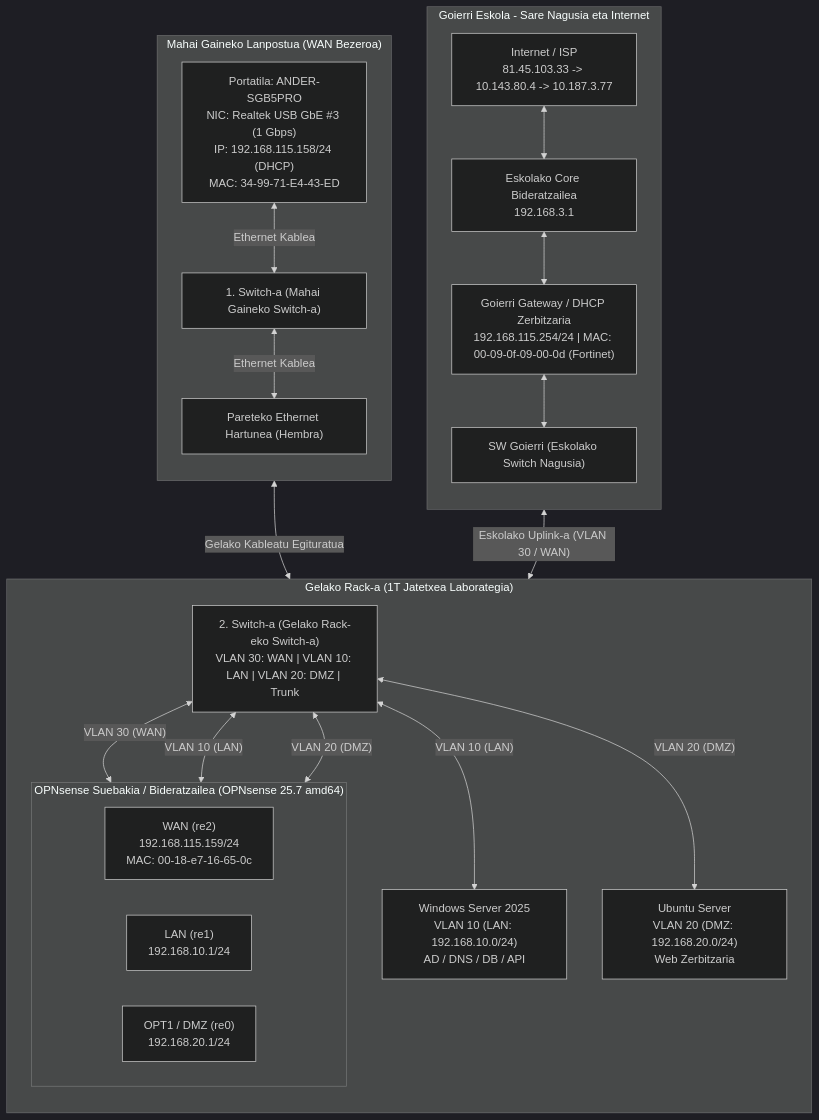
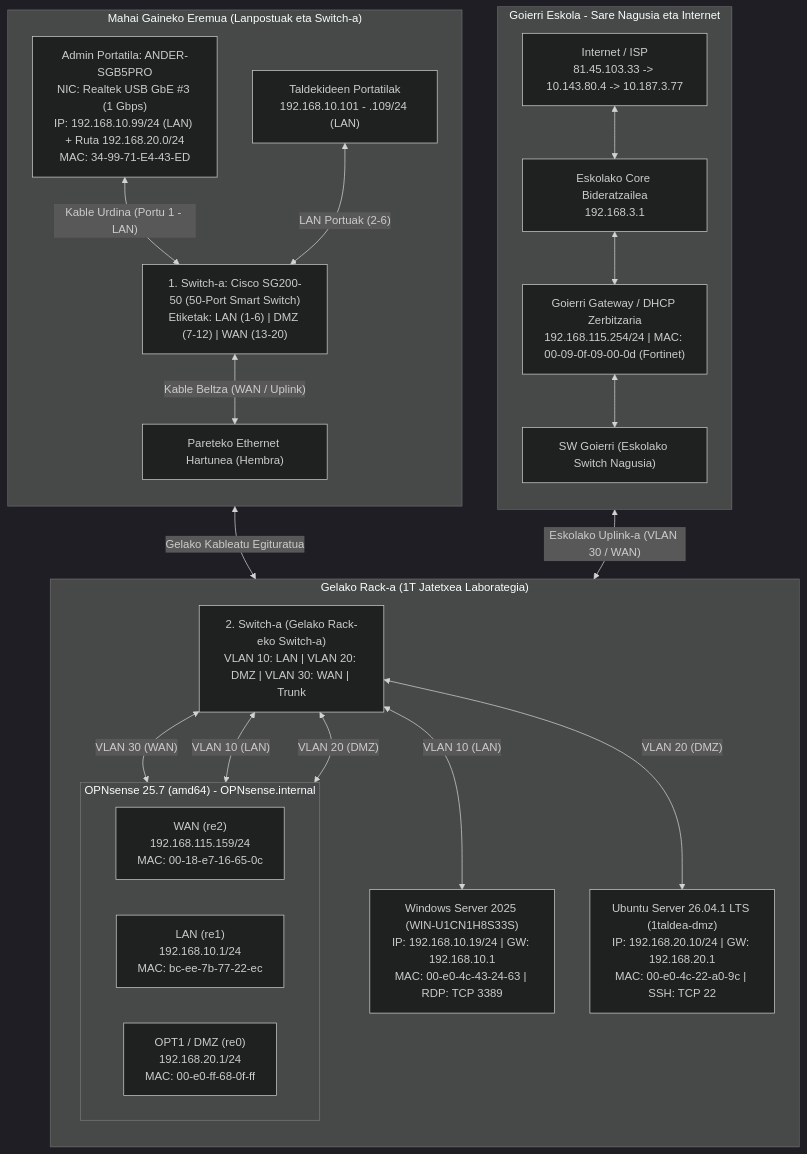
Before and after one commit to AnderUrienGoierri/1T_Jatetxea_erronka_agents: the diagram in 03_laborategi_fisikoa/sare_fisikoaren_azterketa.md, drawn with Mermaid (dark theme). The commit also changed other lines of this file and 5 other files, not shown here.

````diff
--- a/03_laborategi_fisikoa/sare_fisikoaren_azterketa.md
+++ b/03_laborategi_fisikoa/sare_fisikoaren_azterketa.md
@@ -11,48 +9,50 @@
 ```mermaid
 flowchart TB
     %% Kanpoko Sarea eta Eskola
     subgraph ESKOLA["Goierri Eskola - Sare Nagusia eta Internet"]
         direction TB
         INET["Internet / ISP\n81.45.103.33 -> 10.143.80.4 -> 10.187.3.77"]
         CORE["Eskolako Core Bideratzailea\n192.168.3.1"]
         FW_ESKOLA["Goierri Gateway / DHCP Zerbitzaria\n192.168.115.254/24 | MAC: 00-09-0f-09-00-0d (Fortinet)"]
         SW_GOIERRI["SW Goierri (Eskolako Switch Nagusia)"]
         INET <--> CORE <--> FW_ESKOLA <--> SW_GOIERRI
     end
 
     %% Mahai Gaineko Lanpostua
-    subgraph MAHAIA["Mahai Gaineko Lanpostua (WAN Bezeroa)"]
+    subgraph MAHAIA["Mahai Gaineko Eremua (Lanpostuak eta Switch-a)"]
         direction TB
-        LAPTOP["Portatila: ANDER-SGB5PRO\nNIC: Realtek USB GbE #3 (1 Gbps)\nIP: 192.168.115.158/24 (DHCP)\nMAC: 34-99-71-E4-43-ED"]
-        SW_DESK["1. Switch-a (Mahai Gaineko Switch-a)"]
+        LAPTOP["Admin Portatila: ANDER-SGB5PRO\nNIC: Realtek USB GbE #3 (1 Gbps)\nIP: 192.168.10.99/24 (LAN) + Ruta 192.168.20.0/24\nMAC: 34-99-71-E4-43-ED"]
+        TEAM["Taldekideen Portatilak\n192.168.10.101 - .109/24 (LAN)"]
+        SW_DESK["1. Switch-a: Cisco SG200-50 (50-Port Smart Switch)\nEtiketak: LAN (1-6) | DMZ (7-12) | WAN (13-20)"]
         WALL["Pareteko Ethernet Hartunea (Hembra)"]
-        LAPTOP <-- "Ethernet Kablea" --> SW_DESK
-        SW_DESK <-- "Ethernet Kablea" --> WALL
+        LAPTOP <-- "Kable Urdina (Portu 1 - LAN)" --> SW_DESK
+        TEAM <-- "LAN Portuak (2-6)" --> SW_DESK
+        SW_DESK <-- "Kable Beltza (WAN / Uplink)" --> WALL
     end
 
     %% Gelako Rack-a
     subgraph RACK["Gelako Rack-a (1T Jatetxea Laborategia)"]
         direction TB
-        SW_RACK["2. Switch-a (Gelako Rack-eko Switch-a)\nVLAN 30: WAN | VLAN 10: LAN | VLAN 20: DMZ | Trunk"]
+        SW_RACK["2. Switch-a (Gelako Rack-eko Switch-a)\nVLAN 10: LAN | VLAN 20: DMZ | VLAN 30: WAN | Trunk"]
 
-        subgraph OPN["OPNsense Suebakia / Bideratzailea (OPNsense 25.7 amd64)"]
+        subgraph OPN["OPNsense 25.7 (amd64) - OPNsense.internal"]
             direction LR
             OPN_WAN["WAN (re2)\n192.168.115.159/24\nMAC: 00-18-e7-16-65-0c"]
-            OPN_LAN["LAN (re1)\n192.168.10.1/24"]
-            OPN_OPT1["OPT1 / DMZ (re0)\n192.168.20.1/24"]
+            OPN_LAN["LAN (re1)\n192.168.10.1/24\nMAC: bc-ee-7b-77-22-ec"]
+            OPN_OPT1["OPT1 / DMZ (re0)\n192.168.20.1/24\nMAC: 00-e0-ff-68-0f-ff"]
         end
 
-        WIN["Windows Server 2025\nVLAN 10 (LAN: 192.168.10.0/24)\nAD / DNS / DB / API"]
-        UBU["Ubuntu Server\nVLAN 20 (DMZ: 192.168.20.0/24)\nWeb Zerbitzaria"]
+        WIN["Windows Server 2025 (WIN-U1CN1H8S33S)\nIP: 192.168.10.19/24 | GW: 192.168.10.1\nMAC: 00-e0-4c-43-24-63 | RDP: TCP 3389"]
+        UBU["Ubuntu Server 26.04.1 LTS (1taldea-dmz)\nIP: 192.168.20.10/24 | GW: 192.168.20.1\nMAC: 00-e0-4c-22-a0-9c | SSH: TCP 22"]
 
         SW_RACK <-- "VLAN 30 (WAN)" --> OPN_WAN
         SW_RACK <-- "VLAN 10 (LAN)" --> OPN_LAN
         SW_RACK <-- "VLAN 20 (DMZ)" --> OPN_OPT1
         SW_RACK <-- "VLAN 10 (LAN)" --> WIN
         SW_RACK <-- "VLAN 20 (DMZ)" --> UBU
     end
 
     %% Eremuen Arteko Lotura Fisikoak
     SW_GOIERRI <-- "Eskolako Uplink-a (VLAN 30 / WAN)" --> SW_RACK
     WALL <-- "Gelako Kableatu Egituratua" --> SW_RACK
 ```
````
